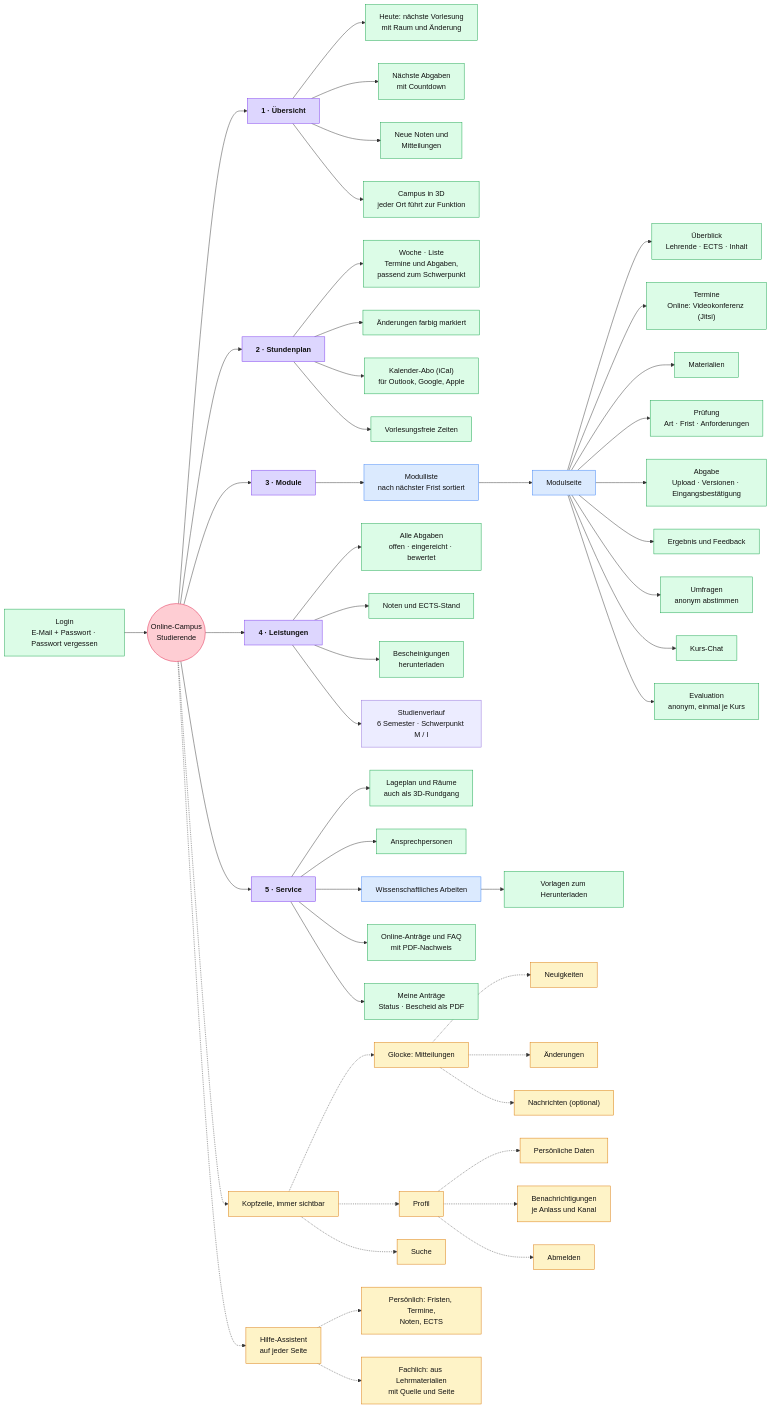
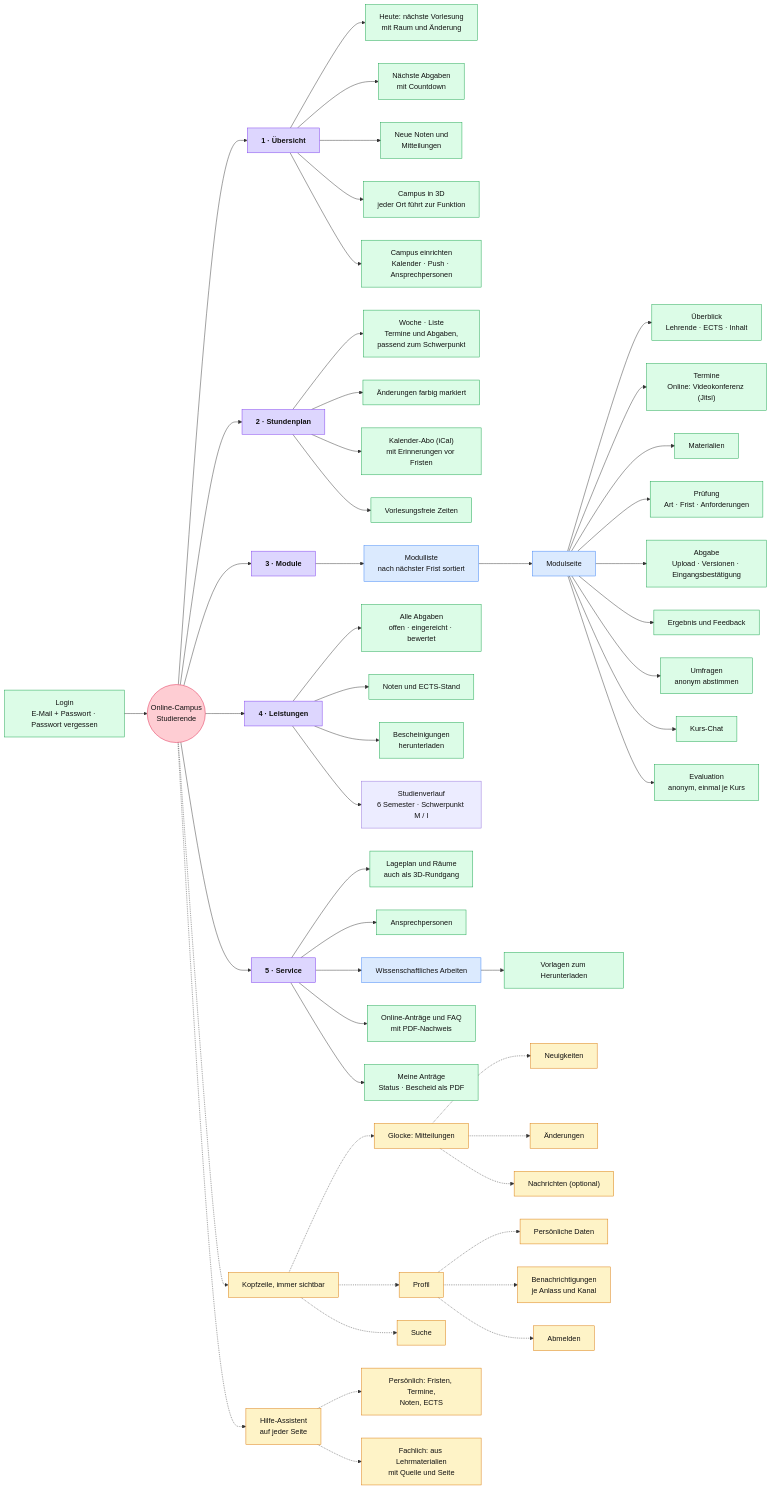
Before and after one commit to thimostender/Online-Campus: the diagram in sitemap-studierende.mmd, drawn with Mermaid. The commit also changed 8 other files, not shown here.

Commit message:
Erinnerungen und Einstieg: Fristerinnerungen in drei Stufen nach persoenlicher Frist, Kalenderdatei mit Erinnerungen und verlaengerten Fristen, Push im Browser erlauben, Karte 'Campus einrichten'; Handout ergaenzt

```diff
--- a/sitemap-studierende.mmd
+++ b/sitemap-studierende.mmd
@@ -1,67 +1,68 @@
 flowchart LR
   C(("Online-Campus<br/>Studierende"))
   LOGIN["Login<br/>E-Mail + Passwort · Passwort vergessen"] --> C
 
   C --> U["1 · Übersicht"]
   U --> U1["Heute: nächste Vorlesung<br/>mit Raum und Änderung"]
   U --> U2["Nächste Abgaben<br/>mit Countdown"]
   U --> U3["Neue Noten und<br/>Mitteilungen"]
   U --> U4["Campus in 3D<br/>jeder Ort führt zur Funktion"]
+  U --> U5["Campus einrichten<br/>Kalender · Push · Ansprechpersonen"]
 
   C --> SP["2 · Stundenplan"]
   SP --> SP1["Woche · Liste<br/>Termine und Abgaben,<br/>passend zum Schwerpunkt"]
   SP --> SP2["Änderungen farbig markiert"]
-  SP --> SP3["Kalender-Abo (iCal)<br/>für Outlook, Google, Apple"]
+  SP --> SP3["Kalender-Abo (iCal)<br/>mit Erinnerungen vor Fristen"]
   SP --> SP4["Vorlesungsfreie Zeiten"]
 
   C --> M["3 · Module"]
   M --> M1["Modulliste<br/>nach nächster Frist sortiert"]
   M1 --> MS["Modulseite"]
   MS --> MS1["Überblick<br/>Lehrende · ECTS · Inhalt"]
   MS --> MS2["Termine<br/>Online: Videokonferenz (Jitsi)"]
   MS --> MS3["Materialien"]
   MS --> MS4["Prüfung<br/>Art · Frist · Anforderungen"]
   MS --> MS5["Abgabe<br/>Upload · Versionen · Eingangsbestätigung"]
   MS --> MS6["Ergebnis und Feedback"]
   MS --> MS7["Umfragen<br/>anonym abstimmen"]
   MS --> MS8["Kurs-Chat"]
   MS --> MS9["Evaluation<br/>anonym, einmal je Kurs"]
 
   C --> LE["4 · Leistungen"]
   LE --> LE1["Alle Abgaben<br/>offen · eingereicht · bewertet"]
   LE --> LE2["Noten und ECTS-Stand"]
   LE --> LE3["Bescheinigungen<br/>herunterladen"]
   LE --> LE4["Studienverlauf<br/>6 Semester · Schwerpunkt M / I"]
 
   C --> SV["5 · Service"]
   SV --> SV1["Lageplan und Räume<br/>auch als 3D-Rundgang"]
   SV --> SV2["Ansprechpersonen"]
   SV --> SV3["Wissenschaftliches Arbeiten"]
   SV3 --> SV3a["Vorlagen zum Herunterladen"]
   SV --> SV4["Online-Anträge und FAQ<br/>mit PDF-Nachweis"]
   SV --> SV5["Meine Anträge<br/>Status · Bescheid als PDF"]
 
   C -.-> K["Kopfzeile, immer sichtbar"]
   K -.-> MI["Glocke: Mitteilungen"]
   MI -.-> MI1["Neuigkeiten"]
   MI -.-> MI2["Änderungen"]
   MI -.-> MI3["Nachrichten (optional)"]
   K -.-> PR["Profil"]
   PR -.-> PR1["Persönliche Daten"]
   PR -.-> PR2["Benachrichtigungen<br/>je Anlass und Kanal"]
   PR -.-> PR3["Abmelden"]
   K -.-> HI["Suche"]
   C -.-> AS["Hilfe-Assistent<br/>auf jeder Seite"]
   AS -.-> AS1["Persönlich: Fristen, Termine,<br/>Noten, ECTS"]
   AS -.-> AS2["Fachlich: aus Lehrmaterialien<br/>mit Quelle und Seite"]
 
   classDef root fill:#fecdd3,stroke:#e11d48,color:#111
   classDef main fill:#ddd6fe,stroke:#7c3aed,color:#111,font-weight:bold
   classDef sub fill:#dbeafe,stroke:#3b82f6,color:#111
   classDef fn fill:#dcfce7,stroke:#16a34a,color:#111
   classDef head fill:#fef3c7,stroke:#d97706,color:#111
   class C root
   class U,SP,M,LE,SV main
   class MS,M1,SV3 sub
-  class U1,U2,U3,U4,SP1,SP2,SP3,SP4,MS1,MS2,MS3,MS4,MS5,MS6,MS7,MS8,MS9,LE1,LE2,LE3,SV1,SV2,SV3a,SV4,SV5,LOGIN fn
+  class U1,U2,U3,U4,U5,SP1,SP2,SP3,SP4,MS1,MS2,MS3,MS4,MS5,MS6,MS7,MS8,MS9,LE1,LE2,LE3,SV1,SV2,SV3a,SV4,SV5,LOGIN fn
   class K,MI,MI1,MI2,MI3,PR,PR1,PR2,PR3,HI,AS,AS1,AS2 head
```
